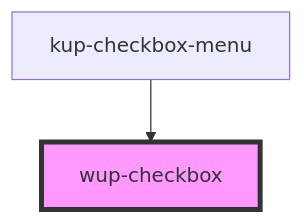
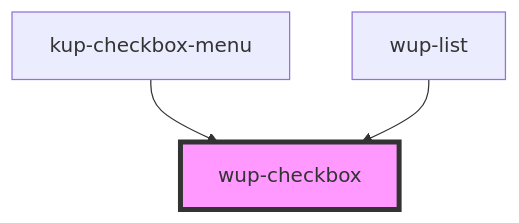
Before and after one commit to smeup/ketchup: the diagram in packages/ketchup/src/components/wup-checkbox/readme.md, drawn with Mermaid. The commit also changed other lines of this file and 7 other files, not shown here.

````diff
--- a/packages/ketchup/src/components/wup-checkbox/readme.md
+++ b/packages/ketchup/src/components/wup-checkbox/readme.md
@@ -38,5 +39,6 @@
 ```mermaid
 graph TD;
   kup-checkbox-menu --> wup-checkbox
+  wup-list --> wup-checkbox
   style wup-checkbox fill:#f9f,stroke:#333,stroke-width:4px
 ```
````
